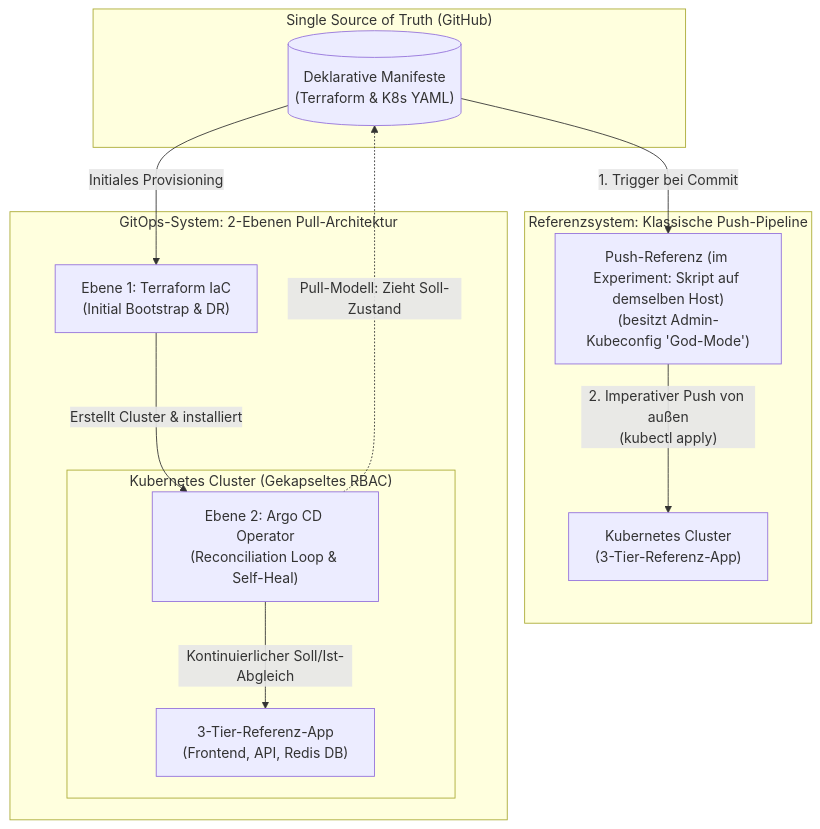
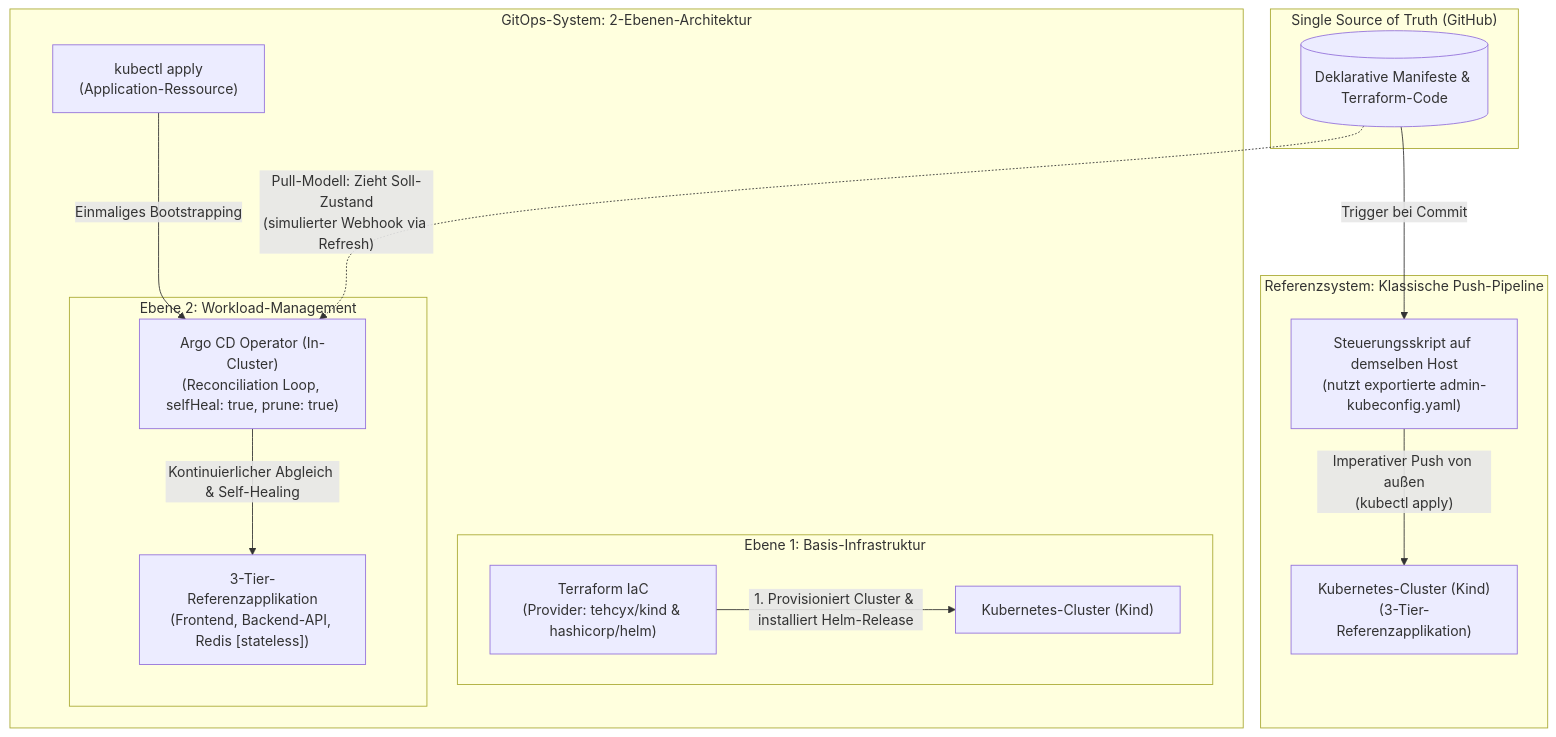
The diagram in README.md (timopeters-dev/bachelor-gitops-demo), drawn with Mermaid before and after one commit. The commit also changed other lines of this file, not shown here.

Commit message:
Doku: Präzisierung von Prüfmatrix, qualitativer Sicherheitsbewertung und Limitationen

````diff
--- a/README.md
+++ b/README.md
@@ -49,25 +56,28 @@
 ```mermaid
 flowchart TB
     subgraph Git["Single Source of Truth (GitHub)"]
-        Repo[("Deklarative Manifeste<br/>(Terraform & K8s YAML)")]
+        Repo[("Deklarative Manifeste & Terraform-Code")]
     end
 
     subgraph PushModel["Referenzsystem: Klassische Push-Pipeline"]
-        CIRunner["Push-Referenz (im Experiment: Skript auf demselben Host)<br/>(besitzt Admin-Kubeconfig 'God-Mode')"]
-        K8sPush["Kubernetes Cluster<br/>(3-Tier-Referenz-App)"]
-        Repo -->|"1. Trigger bei Commit"| CIRunner
-        CIRunner -->|"2. Imperativer Push von außen<br/>(kubectl apply)"| K8sPush
+        CIRunner["Steuerungsskript auf demselben Host<br/>(nutzt exportierte admin-kubeconfig.yaml)"]
+        K8sPush["Kubernetes-Cluster (Kind)<br/>(3-Tier-Referenzapplikation)"]
+        Repo -->|"Trigger bei Commit"| CIRunner
+        CIRunner -->|"Imperativer Push von außen<br/>(kubectl apply)"| K8sPush
     end
 
-    subgraph GitOpsModel["GitOps-System: 2-Ebenen Pull-Architektur"]
-        TF["Ebene 1: Terraform IaC<br/>(Initial Bootstrap & DR)"]
-        subgraph K8sGitOps["Kubernetes Cluster (Gekapseltes RBAC)"]
-            Argo["Ebene 2: Argo CD Operator<br/>(Reconciliation Loop & Self-Heal)"]
-            App["3-Tier-Referenz-App<br/>(Frontend, API, Redis DB)"]
-            Argo -->|"Kontinuierlicher Soll/Ist-Abgleich"| App
+    subgraph GitOpsModel["GitOps-System: 2-Ebenen-Architektur"]
+        subgraph Ebene1["Ebene 1: Basis-Infrastruktur"]
+            TF["Terraform IaC<br/>(Provider: tehcyx/kind & hashicorp/helm)"]
+            K8sGitOps["Kubernetes-Cluster (Kind)"]
+            TF -->|"1. Provisioniert Cluster & installiert Helm-Release"| K8sGitOps
         end
-        Repo -->|"Initiales Provisioning"| TF
-        TF -->|"Erstellt Cluster & installiert"| Argo
-        Argo -.->|"Pull-Modell: Zieht Soll-Zustand"| Repo
+        subgraph Ebene2["Ebene 2: Workload-Management"]
+            Argo["Argo CD Operator (In-Cluster)<br/>(Reconciliation Loop, selfHeal: true, prune: true)"]
+            App["3-Tier-Referenzapplikation<br/>(Frontend, Backend-API, Redis [stateless])"]
+            Repo -.->|"Pull-Modell: Zieht Soll-Zustand<br/>(simulierter Webhook via Refresh)"| Argo
+            Argo -->|"Kontinuierlicher Abgleich & Self-Healing"| App
+        end
+        Manual["kubectl apply<br/>(Application-Ressource)"] -->|"Einmaliges Bootstrapping"| Argo
     end
 ```
````
